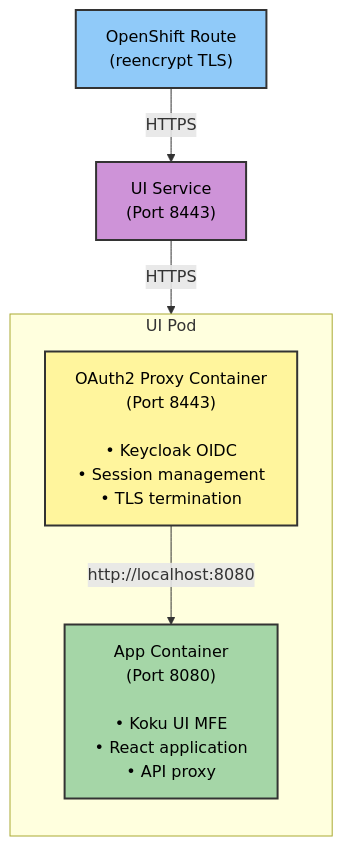
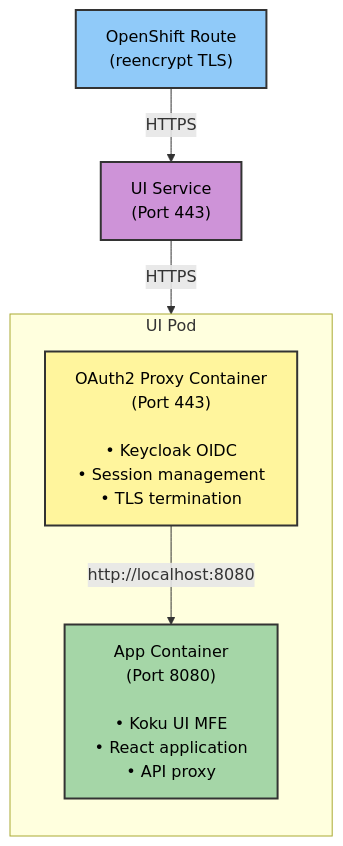
Before and after one commit to jordigilh/ros-helm-chart: the second of 2 diagrams in docs/helm-templates-reference.md, drawn with Mermaid. The commit also changed other lines of this file and 4 other files, not shown here.

Commit message:
change sidecar proxy port from 8443 to 443

````diff
--- a/docs/helm-templates-reference.md
+++ b/docs/helm-templates-reference.md
@@ -271,21 +271,21 @@
 ```mermaid
 graph TB
     subgraph Pod["UI Pod"]
         direction TB
-        OAuthProxy["OAuth2 Proxy Container<br/>(Port 8443)<br/><br/>• Keycloak OIDC<br/>• Session management<br/>• TLS termination"]
+        OAuthProxy["OAuth2 Proxy Container<br/>(Port 443)<br/><br/>• Keycloak OIDC<br/>• Session management<br/>• TLS termination"]
         App["App Container<br/>(Port 8080)<br/><br/>• Koku UI MFE<br/>• React application<br/>• API proxy"]
         
         OAuthProxy -->|"http://localhost:8080"| App
     end
     
     Route["OpenShift Route<br/>(reencrypt TLS)"]
-    Service["UI Service<br/>(Port 8443)"]
+    Service["UI Service<br/>(Port 443)"]
     
     Route -->|"HTTPS"| Service
     Service -->|"HTTPS"| OAuthProxy
     
     style OAuthProxy fill:#fff59d,stroke:#333,stroke-width:2px,color:#000
     style App fill:#a5d6a7,stroke:#333,stroke-width:2px,color:#000
     style Route fill:#90caf9,stroke:#333,stroke-width:2px,color:#000
     style Service fill:#ce93d8,stroke:#333,stroke-width:2px,color:#000
 ```
````
